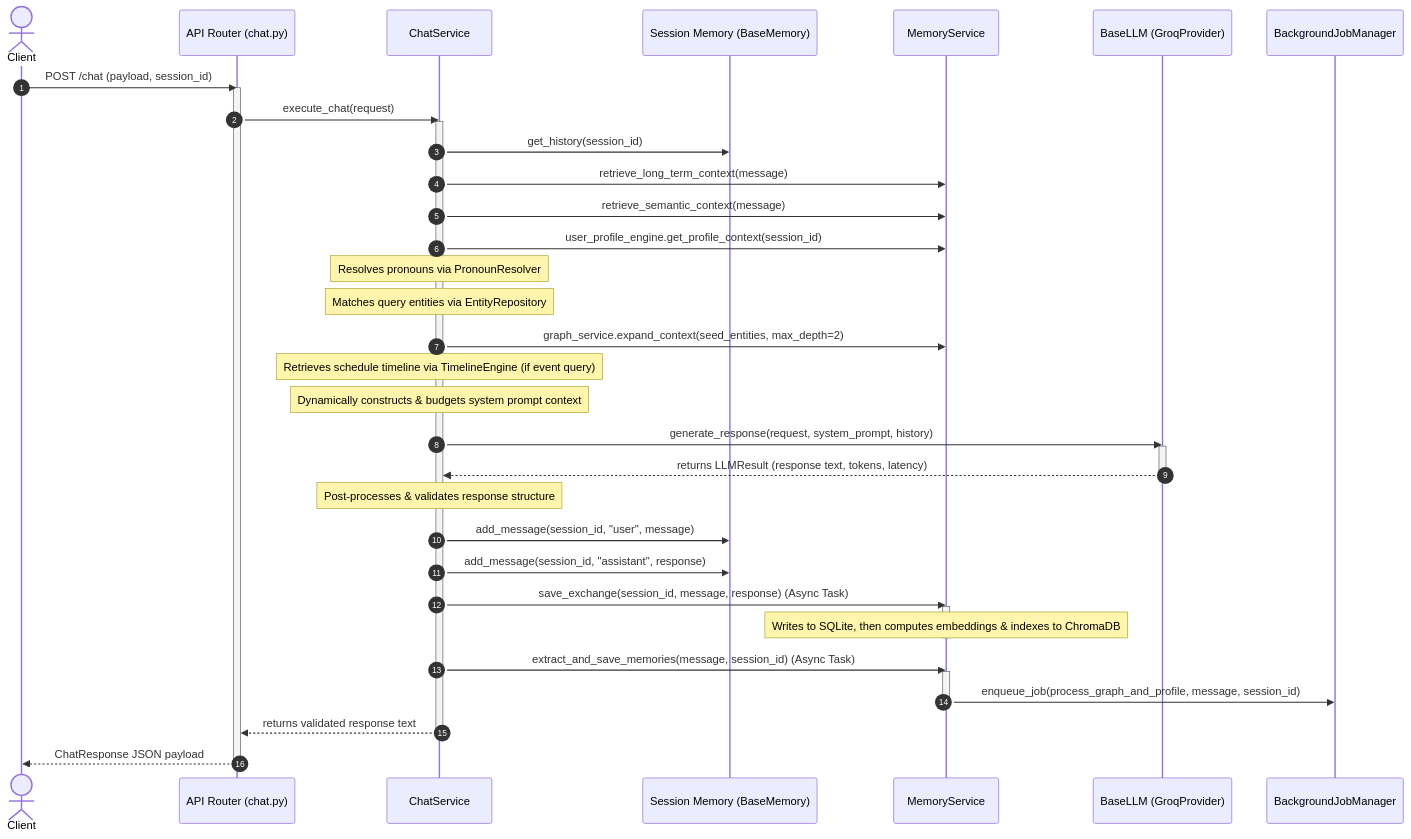
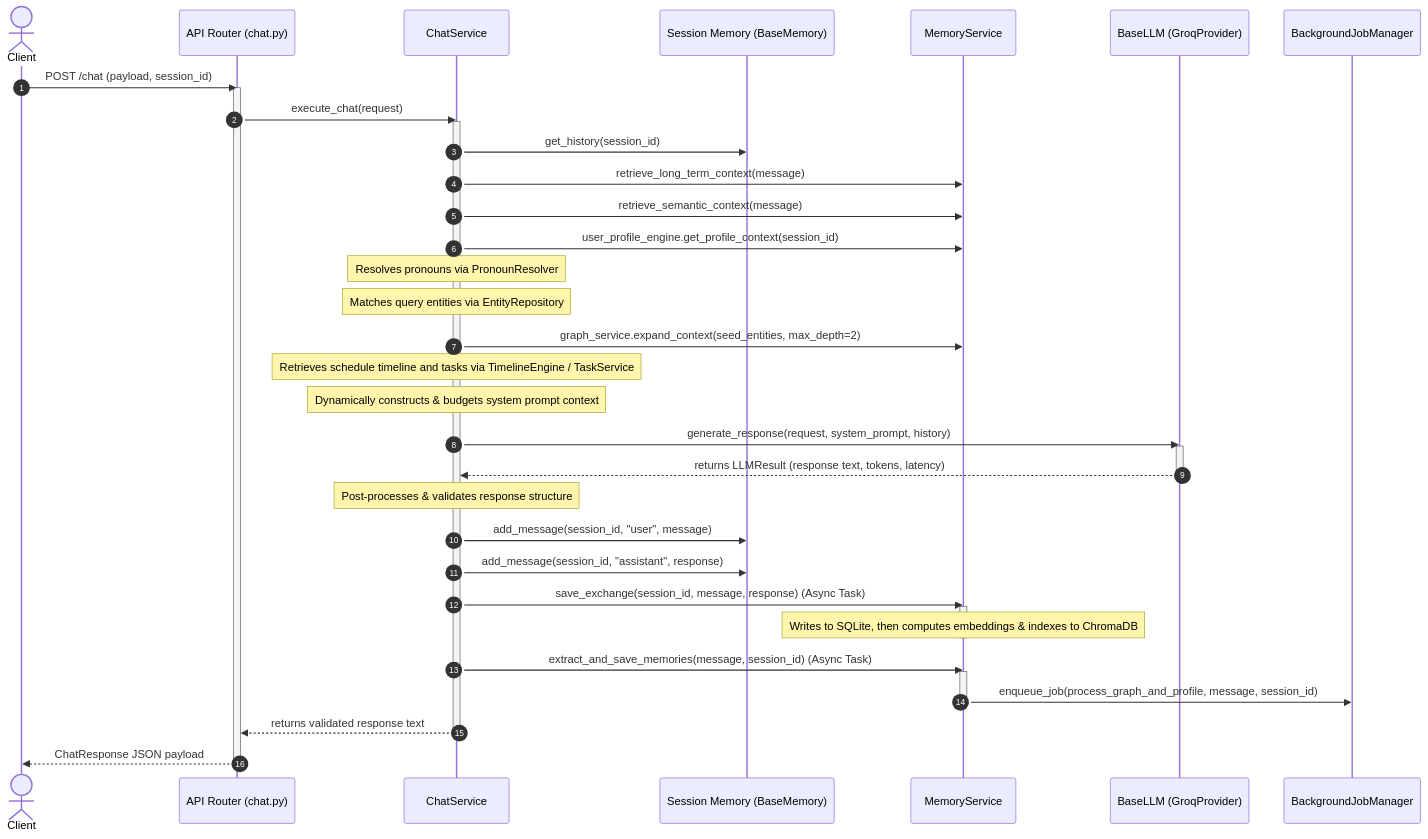
Before and after one commit to JAN-VIKASH/JARVIS: the diagram in docs/diagrams/backend_flow.md, drawn with Mermaid. The commit also changed other lines of this file and 38 other files, not shown here.

````diff
--- a/docs/diagrams/backend_flow.md
+++ b/docs/diagrams/backend_flow.md
@@ -10,54 +10,54 @@
 ```mermaid
 sequenceDiagram
     autonumber
     actor Client
     participant Router as API Router (chat.py)
     participant CS as ChatService
     participant Mem as Session Memory (BaseMemory)
     participant MS as MemoryService
     participant LLM as BaseLLM (GroqProvider)
     participant Background as BackgroundJobManager
 
     Client->>Router: POST /chat (payload, session_id)
     activate Router
     Router->>CS: execute_chat(request)
     activate CS
     
     %% Context compilation
     CS->>Mem: get_history(session_id)
     CS->>MS: retrieve_long_term_context(message)
     CS->>MS: retrieve_semantic_context(message)
     CS->>MS: user_profile_engine.get_profile_context(session_id)
     Note over CS: Resolves pronouns via PronounResolver
     Note over CS: Matches query entities via EntityRepository
     CS->>MS: graph_service.expand_context(seed_entities, max_depth=2)
-    Note over CS: Retrieves schedule timeline via TimelineEngine (if event query)
+    Note over CS: Retrieves schedule timeline and tasks via TimelineEngine / TaskService
     
     Note over CS: Dynamically constructs & budgets system prompt context
     
     CS->>LLM: generate_response(request, system_prompt, history)
     activate LLM
     LLM-->>CS: returns LLMResult (response text, tokens, latency)
     deactivate LLM
     
     Note over CS: Post-processes & validates response structure
     
     CS->>Mem: add_message(session_id, "user", message)
     CS->>Mem: add_message(session_id, "assistant", response)
     
     %% Async background save pipeline
     CS->>MS: save_exchange(session_id, message, response) (Async Task)
     activate MS
     Note over MS: Writes to SQLite, then computes embeddings & indexes to ChromaDB
     deactivate MS
     
     CS->>MS: extract_and_save_memories(message, session_id) (Async Task)
     activate MS
     MS->>Background: enqueue_job(process_graph_and_profile, message, session_id)
     deactivate MS
     
     CS-->>Router: returns validated response text
     deactivate CS
     Router-->>Client: ChatResponse JSON payload
     deactivate Router
 ```
````
